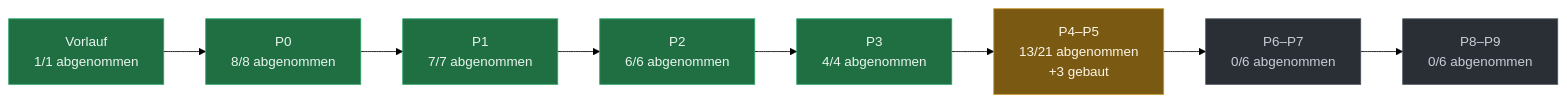
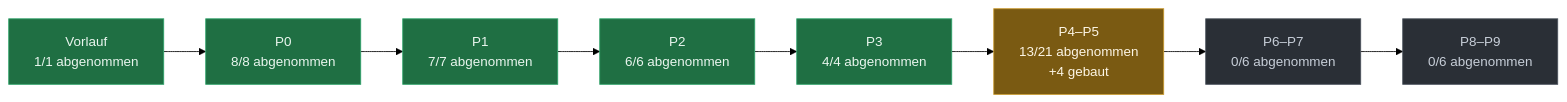
Before and after one commit to evenacadia-tech/Nakama: the diagram in docs/PLAN-STAND.md, drawn with Mermaid (forest theme). The commit also changed other lines of this file, not shown here.

First line of the commit message:
Planstand gerechnet (NAK-314 / S25m Etappe 0 gebaut, angehalten; 39 abgenommen, 4 gebaut)

````diff
--- a/docs/PLAN-STAND.md
+++ b/docs/PLAN-STAND.md
@@ -37,21 +37,21 @@
 ```mermaid
 flowchart LR
   P0["Vorlauf<br/>1/1 abgenommen"]:::fertig
   P1["P0<br/>8/8 abgenommen"]:::fertig
   P0 --> P1
   P2["P1<br/>7/7 abgenommen"]:::fertig
   P1 --> P2
   P3["P2<br/>6/6 abgenommen"]:::fertig
   P2 --> P3
   P4["P3<br/>4/4 abgenommen"]:::fertig
   P3 --> P4
-  P5["P4–P5<br/>13/21 abgenommen<br/>+3 gebaut"]:::laeuft
+  P5["P4–P5<br/>13/21 abgenommen<br/>+4 gebaut"]:::laeuft
   P4 --> P5
   P6["P6–P7<br/>0/6 abgenommen"]:::offen
   P5 --> P6
   P7["P8–P9<br/>0/6 abgenommen"]:::offen
   P6 --> P7
   classDef fertig fill:#1f6f43,stroke:#2ea36a,color:#eaf6ef
   classDef laeuft fill:#7a5a12,stroke:#c99a2e,color:#fdf6e6
   classDef offen  fill:#2a2f36,stroke:#4a525c,color:#c7ced8
 ```
````
